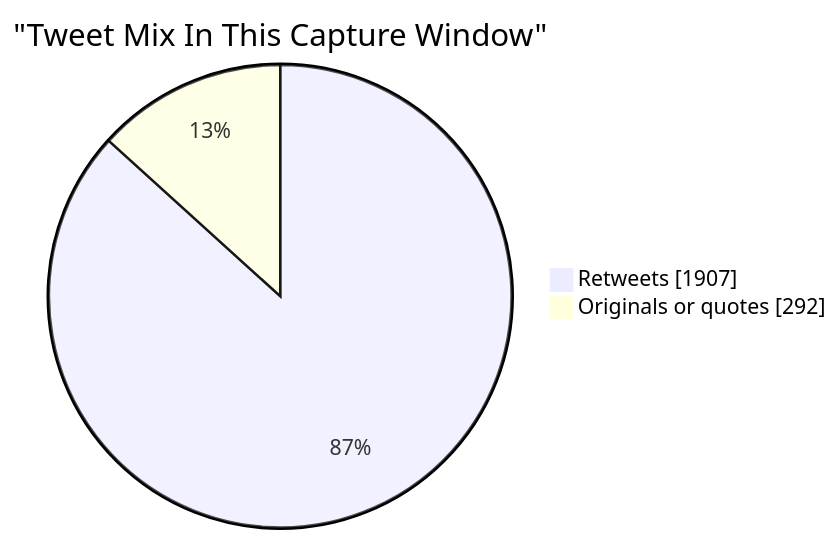
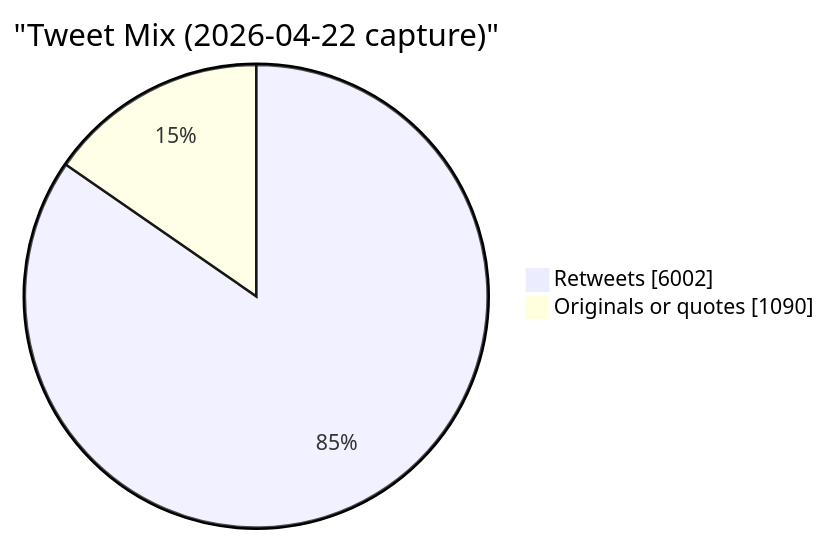
The first of 6 diagrams in post_mortem.md (idominikosgr/zerosixty), drawn with Mermaid before and after one commit. The commit also changed other lines of this file, not shown here.

````diff
--- a/post_mortem.md
+++ b/post_mortem.md
@@ -182,6 +303,6 @@
 ```mermaid
 pie showData
-    title "Tweet Mix In This Capture Window"
-    "Retweets" : 1907
-    "Originals or quotes" : 292
+    title "Tweet Mix (2026-04-22 capture)"
+    "Retweets" : 6002
+    "Originals or quotes" : 1090
 ```
````
